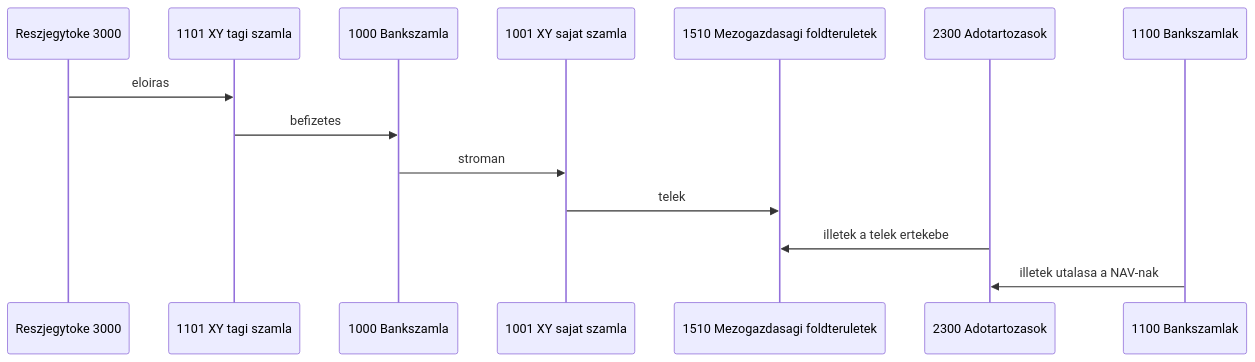
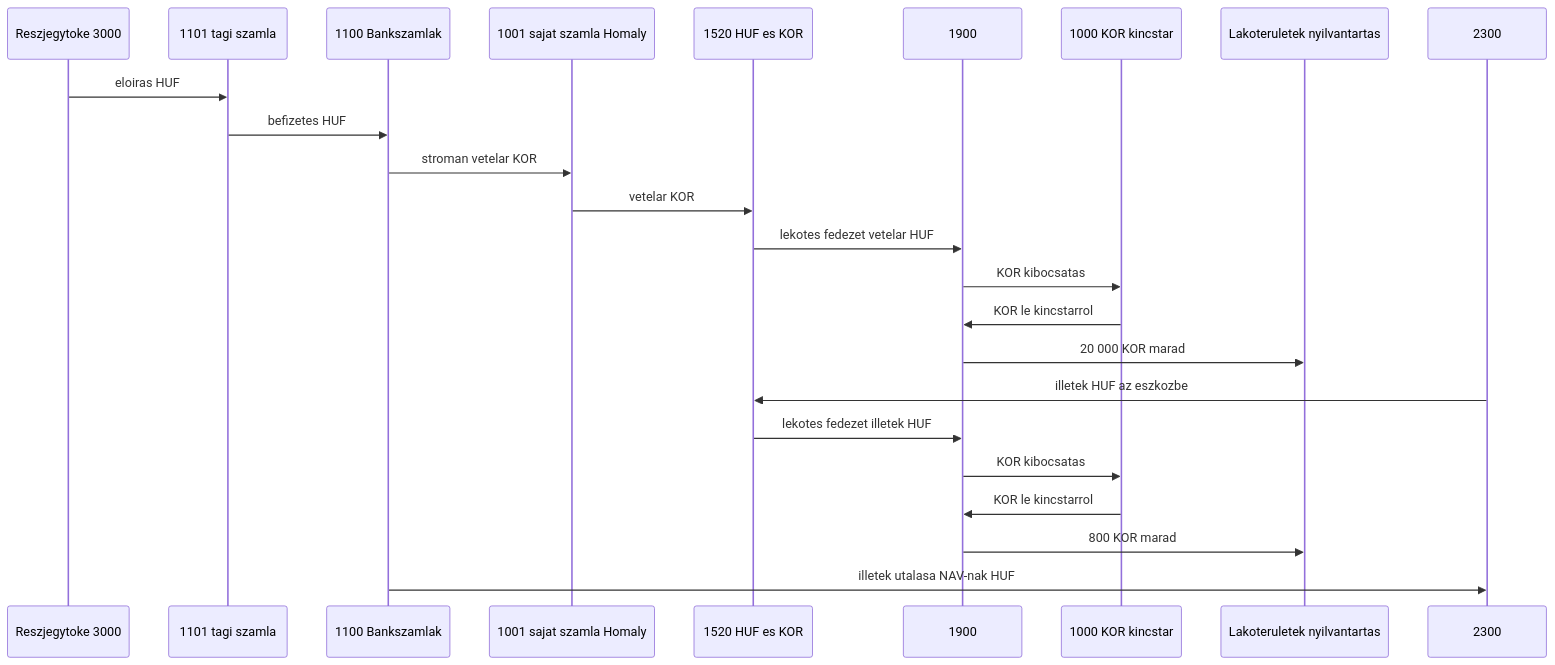
The fourth of 15 diagrams in docs/transaction-workflow.md (pitiboy/curr), drawn with Mermaid before and after one commit. The commit also changed other lines of this file and 31 other files, not shown here.

````diff
--- a/docs/transaction-workflow.md
+++ b/docs/transaction-workflow.md
@@ -199,17 +255,27 @@
 ```mermaid
 sequenceDiagram
   participant Toke as Reszjegytoke 3000
-  participant Tag as 1101 XY tagi szamla
-  participant Bank as 1000 Bankszamla
-  participant Sajat as 1001 XY sajat szamla
-  participant Fold as 1510 Mezogazdasagi foldteruletek
-  participant Ado as 2300 Adotartozasok
-  participant Nav as 1100 Bankszamlak
+  participant Tag as 1101 tagi szamla
+  participant Bank as 1100 Bankszamlak
+  participant Sajat as 1001 sajat szamla Homaly
+  participant Ingatlan as 1520 HUF es KOR
+  participant Atv as 1900
+  participant Kt as 1000 KOR kincstar
+  participant Nyilv as Lakoteruletek nyilvantartas
+  participant Ado as 2300
 
-  Toke->>Tag: eloiras
-  Tag->>Bank: befizetes
-  Bank->>Sajat: stroman
-  Sajat->>Fold: telek
-  Ado->>Fold: illetek a telek ertekebe
-  Nav->>Ado: illetek utalasa a NAV-nak
+  Toke->>Tag: eloiras HUF
+  Tag->>Bank: befizetes HUF
+  Bank->>Sajat: stroman vetelar KOR
+  Sajat->>Ingatlan: vetelar KOR
+  Ingatlan->>Atv: lekotes fedezet vetelar HUF
+  Atv->>Kt: KOR kibocsatas
+  Kt->>Atv: KOR le kincstarrol
+  Atv->>Nyilv: 20 000 KOR marad
+  Ado->>Ingatlan: illetek HUF az eszkozbe
+  Ingatlan->>Atv: lekotes fedezet illetek HUF
+  Atv->>Kt: KOR kibocsatas
+  Kt->>Atv: KOR le kincstarrol
+  Atv->>Nyilv: 800 KOR marad
+  Bank->>Ado: illetek utalasa NAV-nak HUF
 ```
````
